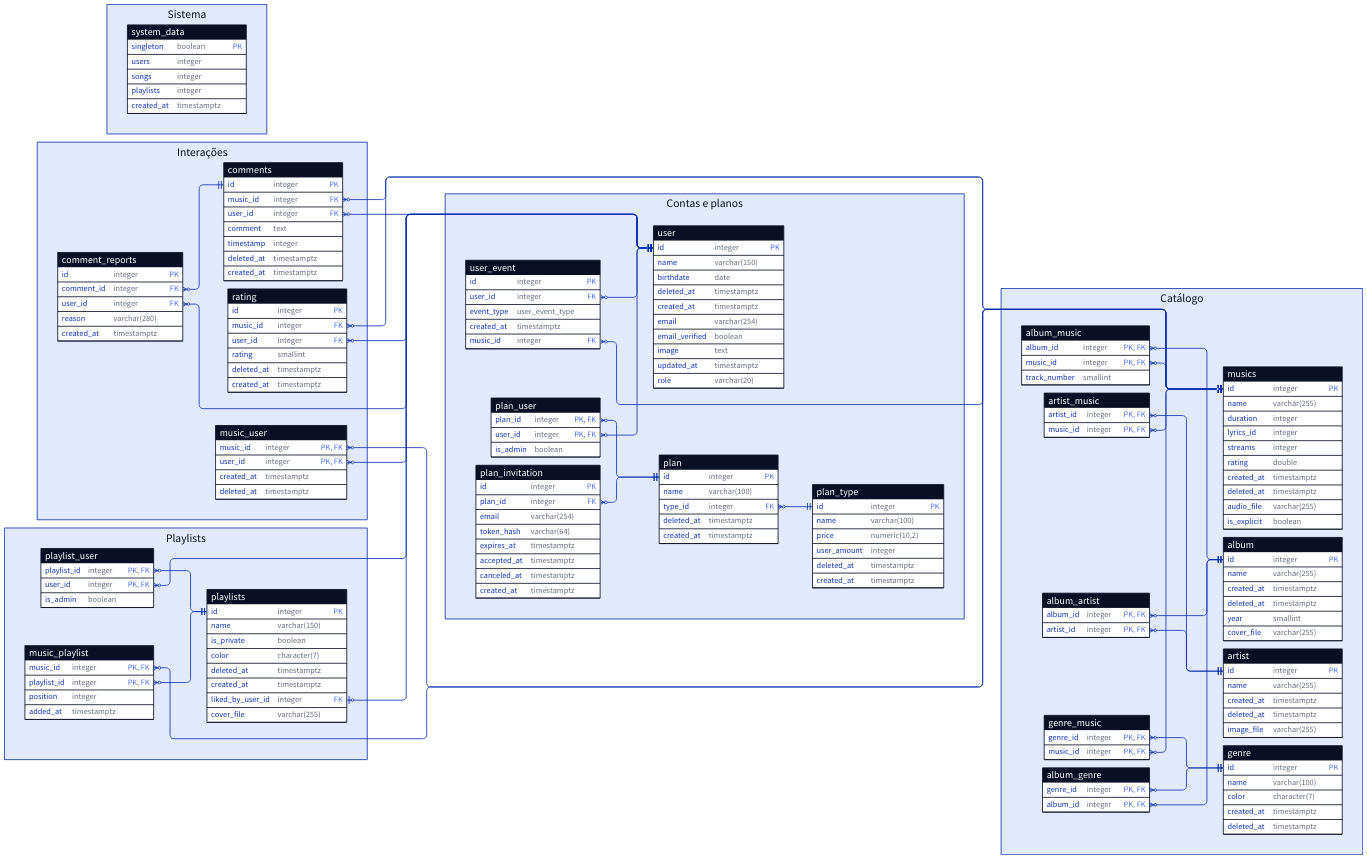
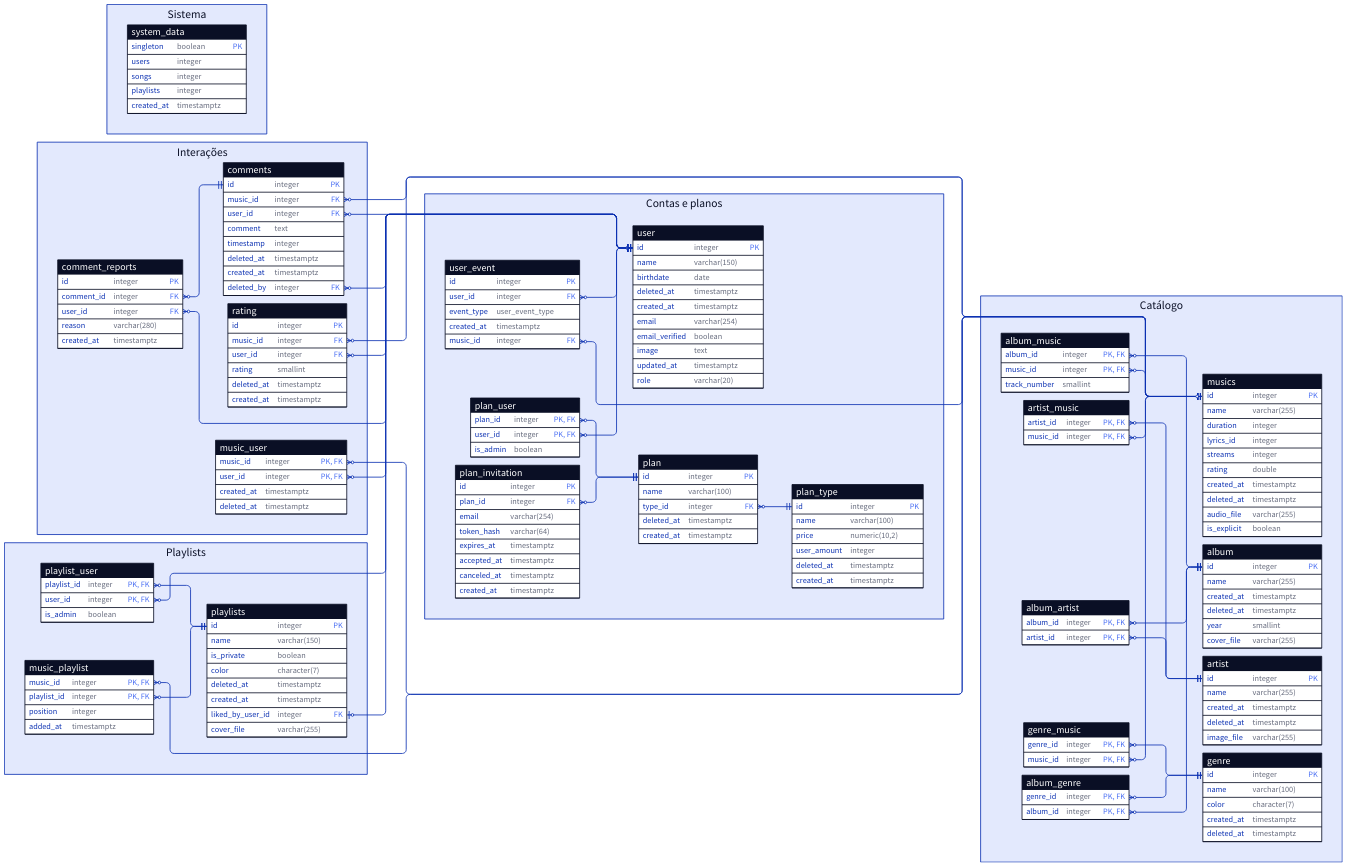
One commit to Warphn/Zovic changed the diagram in docs/assets/modelo-er-gerado.d2. Above: the diagram before and after it, drawn with D2. The commit also changed 1 other file, not shown here.

Commit message:
chore(db): atualiza diagrama ER gerado

```diff
--- a/docs/assets/modelo-er-gerado.d2
+++ b/docs/assets/modelo-er-gerado.d2
@@ -163,6 +163,7 @@
     timestamp: "integer"
     deleted_at: "timestamptz"
     created_at: "timestamptz"
+    deleted_by: "integer" {constraint: [foreign_key]}
   }
   comment_reports: {
     shape: sql_table
@@ -241,6 +242,10 @@
   source-arrowhead.shape: cf-many
   target-arrowhead.shape: cf-one-required
 }
+interacoes.comments.deleted_by <-> contas.user.id: {
+  source-arrowhead.shape: cf-many
+  target-arrowhead.shape: cf-one
+}
 interacoes.comments.music_id <-> catalogo.musics.id: {
   source-arrowhead.shape: cf-many
   target-arrowhead.shape: cf-one-required
```
